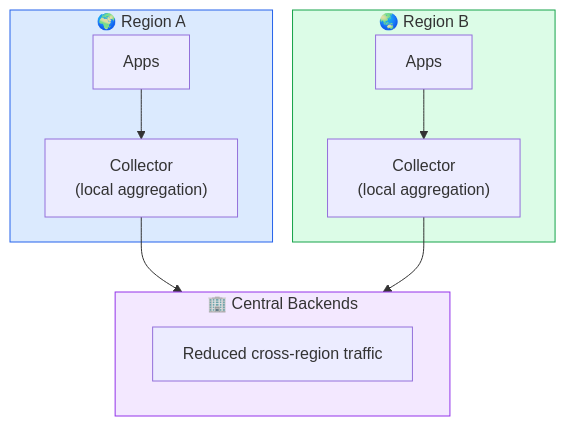
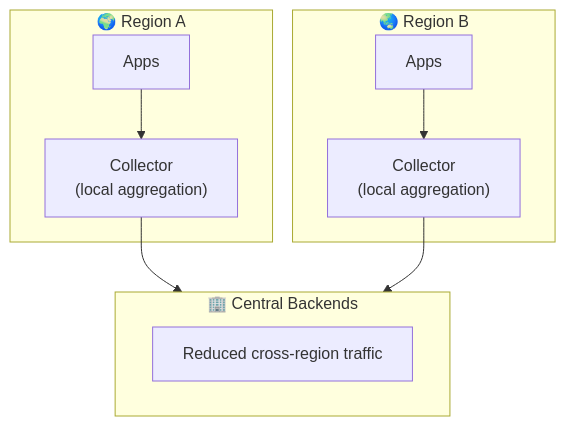
Before and after one commit to shivam-g-mishra/blog: the diagram in docs/observability/cost-optimization.md, drawn with Mermaid. The commit also changed 23 other files, not shown here.

First line of the commit message:
fix: improve Mermaid diagram visibility in dark mode

````diff
--- a/docs/observability/cost-optimization.md
+++ b/docs/observability/cost-optimization.md
@@ -367,21 +367,17 @@
 ```mermaid
 flowchart TB
     subgraph regionA["🌍 Region A"]
         appsA["Apps"] --> collA["Collector<br/>(local aggregation)"]
     end
     
     subgraph regionB["🌏 Region B"]
         appsB["Apps"] --> collB["Collector<br/>(local aggregation)"]
     end
     
     collA --> central
     collB --> central
     
     subgraph central["🏢 Central Backends"]
         cb["Reduced cross-region traffic"]
     end
-    
-    style regionA fill:#dbeafe,stroke:#2563eb
-    style regionB fill:#dcfce7,stroke:#16a34a
-    style central fill:#f3e8ff,stroke:#9333ea
 ```
````
